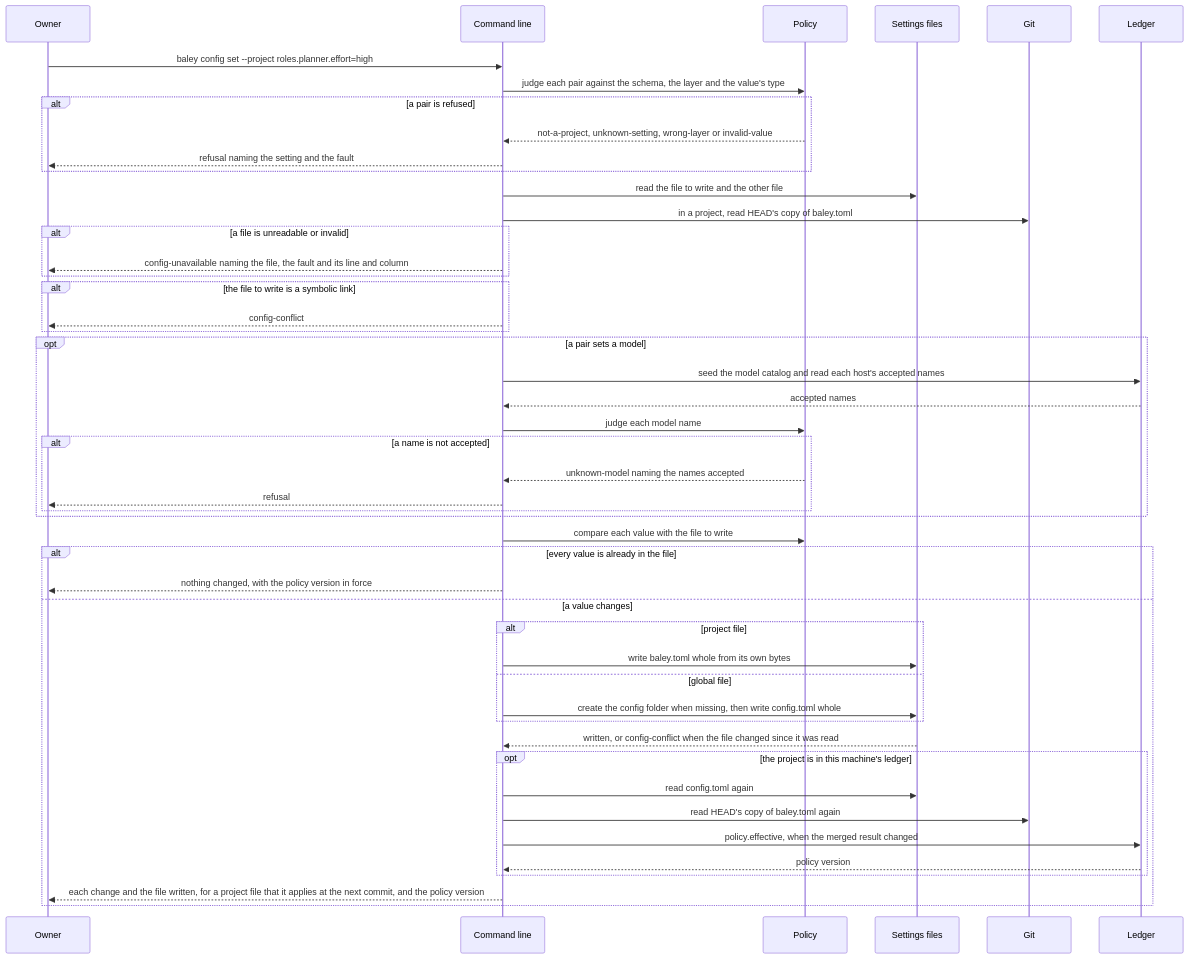
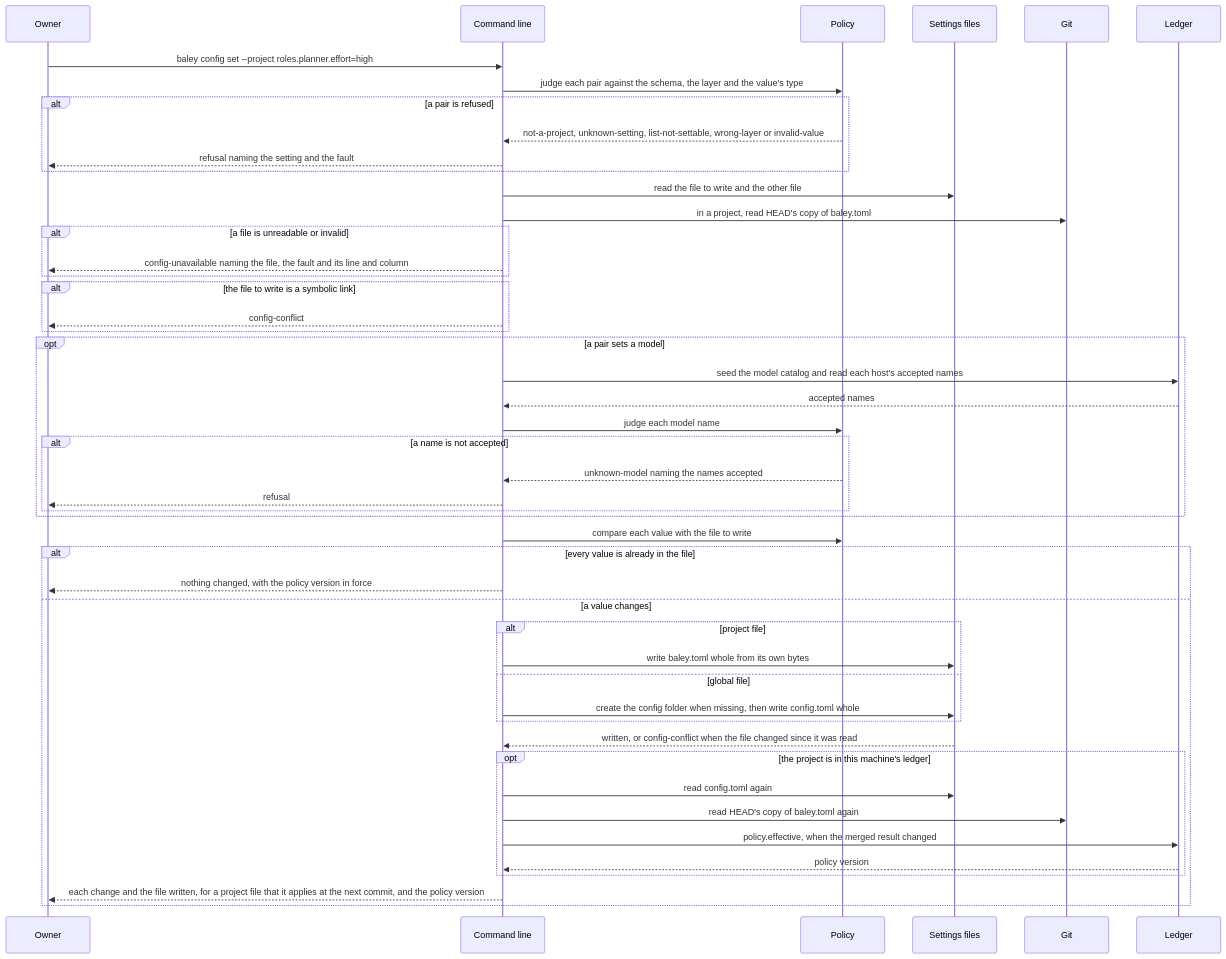
The fourth of 7 diagrams in docs/design/0003-configuration-and-routing.md (crenshawdev/baley), drawn with Mermaid before and after one commit. The commit also changed other lines of this file, not shown here.

First line of the commit message:
docs(design): say config set refuses the branch list and sends the owner to baley.toml

````diff
--- a/docs/design/0003-configuration-and-routing.md
+++ b/docs/design/0003-configuration-and-routing.md
@@ -487,50 +488,50 @@
 ```mermaid
 sequenceDiagram
   participant O as Owner
   participant C as Command line
   participant P as Policy
   participant F as Settings files
   participant G as Git
   participant L as Ledger
   O->>C: baley config set --project roles.planner.effort=high
   C->>P: judge each pair against the schema, the layer and the value's type
   alt a pair is refused
-    P-->>C: not-a-project, unknown-setting, wrong-layer or invalid-value
+    P-->>C: not-a-project, unknown-setting, list-not-settable, wrong-layer or invalid-value
     C-->>O: refusal naming the setting and the fault
   end
   C->>F: read the file to write and the other file
   C->>G: in a project, read HEAD's copy of baley.toml
   alt a file is unreadable or invalid
     C-->>O: config-unavailable naming the file, the fault and its line and column
   end
   alt the file to write is a symbolic link
     C-->>O: config-conflict
   end
   opt a pair sets a model
     C->>L: seed the model catalog and read each host's accepted names
     L-->>C: accepted names
     C->>P: judge each model name
     alt a name is not accepted
       P-->>C: unknown-model naming the names accepted
       C-->>O: refusal
     end
   end
   C->>P: compare each value with the file to write
   alt every value is already in the file
     C-->>O: nothing changed, with the policy version in force
   else a value changes
     alt project file
       C->>F: write baley.toml whole from its own bytes
     else global file
       C->>F: create the config folder when missing, then write config.toml whole
     end
     F-->>C: written, or config-conflict when the file changed since it was read
     opt the project is in this machine's ledger
       C->>F: read config.toml again
       C->>G: read HEAD's copy of baley.toml again
       C->>L: policy.effective, when the merged result changed
       L-->>C: policy version
     end
     C-->>O: each change and the file written, for a project file that it applies at the next commit, and the policy version
   end
 ```
````
